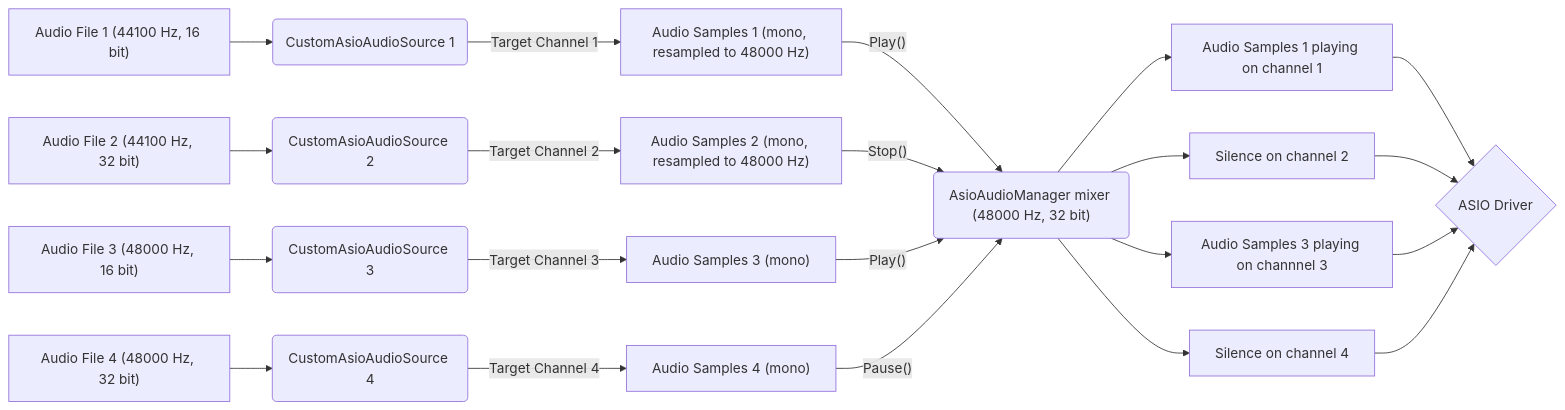
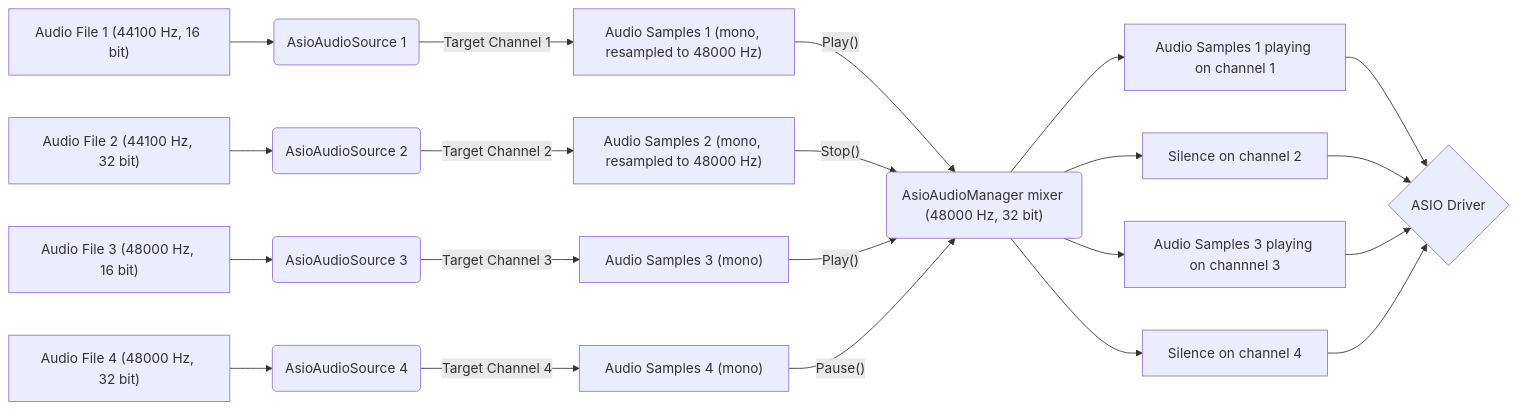
The diagram in Documentation~/SetupAsioAudioEnvironment.md (liris-xr/AsioAudioUnity), drawn with Mermaid before and after one commit. The commit also changed other lines of this file and 60 other files, not shown here.

````diff
--- a/Documentation~/SetupAsioAudioEnvironment.md
+++ b/Documentation~/SetupAsioAudioEnvironment.md
@@ -28,37 +28,37 @@
 ```mermaid
 graph LR
     A["AsioAudioManager mixer (48000 Hz, 32 bit)<br>"] --> n13["Audio Samples 1 playing on channel 1<br>"] & n14["Silence on channel 2<br>"] & n15["Audio Samples 3 playing on channnel 3<br>"] & n16["Silence on channel 4 <br>"]
     n1["Audio Samples 1 (mono, resampled to 48000 Hz)<br>"] -- Play() --> A
     n2["Audio Samples 2 (mono, resampled to 48000 Hz)<br>"] -- Stop() --> A
     n3["Audio Samples 3 (mono)<br>"] -- Play() --> A
     n4["Audio Samples 4 (mono)<br>"] -- Pause() --> A
-    n5["CustomAsioAudioSource 1<br>"] -- Target Channel 1 --> n1
-    n6["CustomAsioAudioSource 2<br>"] -- Target Channel 2 --> n2
-    n7["CustomAsioAudioSource 3<br>"] -- Target Channel 3 --> n3
-    n8["CustomAsioAudioSource 4<br>"] -- Target Channel 4 --> n4
+    n5["AsioAudioSource 1<br>"] -- Target Channel 1 --> n1
+    n6["AsioAudioSource 2<br>"] -- Target Channel 2 --> n2
+    n7["AsioAudioSource 3<br>"] -- Target Channel 3 --> n3
+    n8["AsioAudioSource 4<br>"] -- Target Channel 4 --> n4
     n9["Audio File 1 (44100 Hz, 16 bit)<br>"] --> n5
     n10["Audio File 2 (44100 Hz, 32 bit)<br>"] --> n6
     n11["Audio File 3 (48000 Hz, 16 bit)<br>"] --> n7
     n12["Audio File 4 (48000 Hz, 32 bit)<br>"] --> n8
     n13 --> B["ASIO Driver<br>"]
     n14 --> B
     n15 --> B
     n16 --> B
 
     A@{ shape: rounded}
     B@{ shape: diam}
     n1@{ shape: rect}
     n2@{ shape: rect}
     n3@{ shape: rect}
     n4@{ shape: rect}
     n5@{ shape: rounded}
     n6@{ shape: rounded}
     n7@{ shape: rounded}
     n8@{ shape: rounded}
     n9@{ shape: rect}
     n10@{ shape: rect}
     n11@{ shape: rect}
     n12@{ shape: rect}
     n13@{ shape: rect}
     n14@{ shape: rect}
 ```
````
